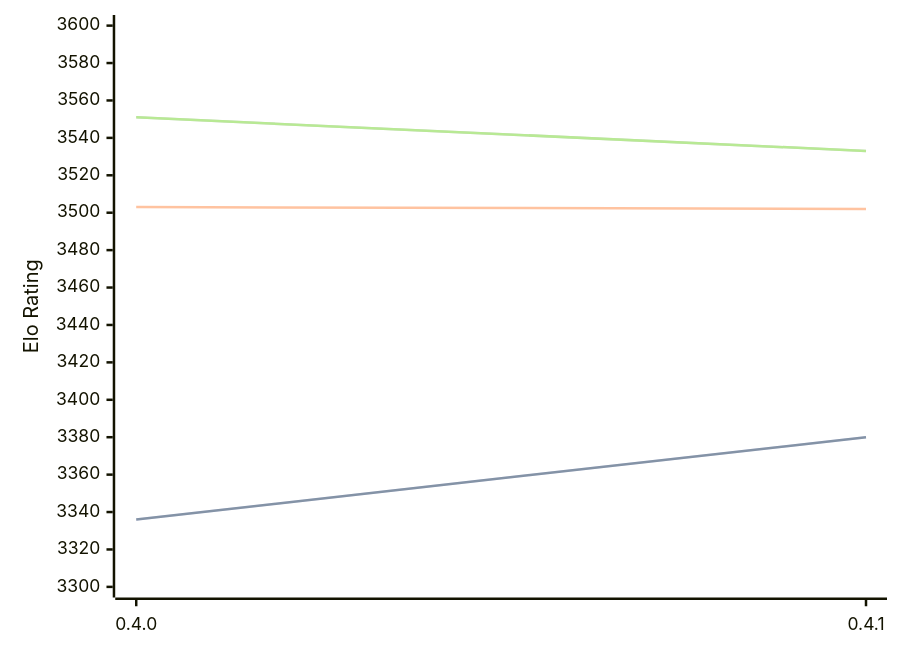
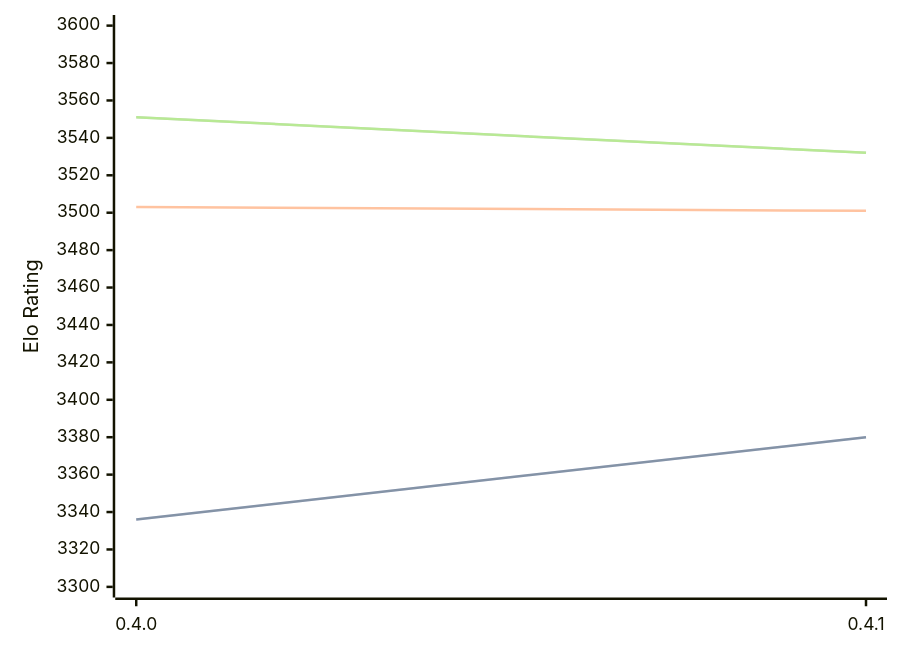
Before and after one commit to computer-chess-index/cci: the diagram in engines/Cinder.md, drawn with Mermaid. The commit also changed other lines of this file, not shown here.

Commit message:
Update CCI Ratings (ELO VLTC) - 2026-04-08

````diff
--- a/engines/Cinder.md
+++ b/engines/Cinder.md
@@ -40,11 +40,11 @@
 ```mermaid
 %%{init: {"theme":"base","themeVariables":{"seriesColors:['#a3a3a3','#222221','#faa371']}}}%%
 xychart-beta
   x-axis ["0.4.0", "0.4.1"]
   y-axis "Elo Rating" 3300 --> 3600
   line "STC (8.0+0.08s)" [3336, 3380]
   line "STC (8.0+0.08s)" [3336, 3380]
-  line "LTC (60.0+0.60s)" [3503, 3502]
-  line "VLTC (2m24s+1.12s)" [3551, 3533]
-  line "VLTC (2m24s+1.12s)" [3551, 3533]
+  line "LTC (60.0+0.60s)" [3503, 3501]
+  line "VLTC (2m24s+1.12s)" [3551, 3532]
+  line "VLTC (2m24s+1.12s)" [3551, 3532]
 ```
````
